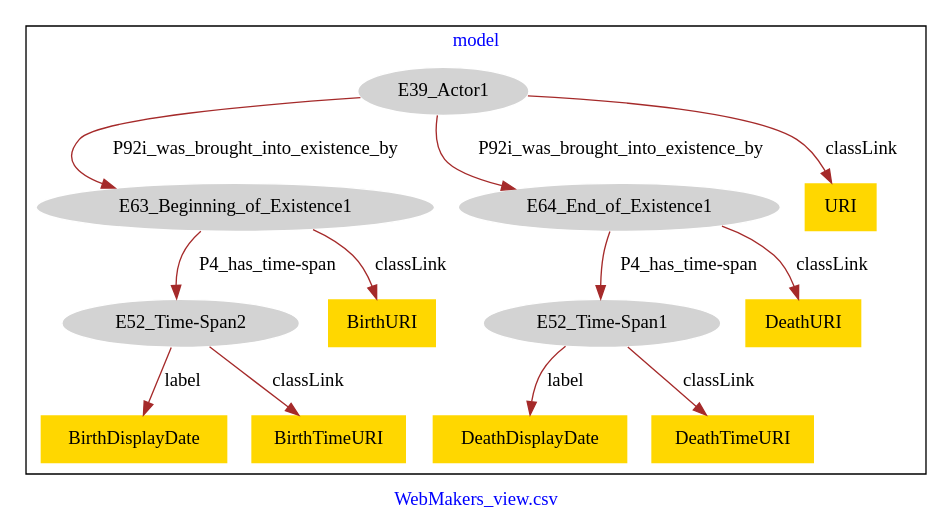
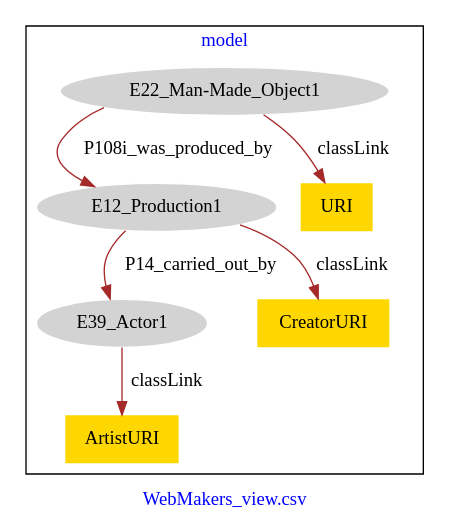
One commit to american-art/SAAM changed the diagram in Objects/WebMakers_view-model.dot. Above: the diagram before and after it, drawn with Graphviz.

Commit message:
Update file WebMakers_view-model.dot

```diff
--- a/Objects/WebMakers_view-model.dot
+++ b/Objects/WebMakers_view-model.dot
@@ -1,31 +1,19 @@
 digraph n0 {
 fontcolor="blue"
 remincross="true"
 label="WebMakers_view.csv"
 subgraph cluster {
 label="model"
-n2[style="filled",color="white",fillcolor="lightgray",label="E39_Actor1"];
-n3[style="filled",color="white",fillcolor="lightgray",label="E63_Beginning_of_Existence1"];
-n4[style="filled",color="white",fillcolor="lightgray",label="E64_End_of_Existence1"];
-n5[style="filled",color="white",fillcolor="lightgray",label="E52_Time-Span2"];
-n6[style="filled",color="white",fillcolor="lightgray",label="E52_Time-Span1"];
-n7[shape="plaintext",style="filled",fillcolor="gold",label="BirthDisplayDate"];
-n8[shape="plaintext",style="filled",fillcolor="gold",label="URI"];
-n9[shape="plaintext",style="filled",fillcolor="gold",label="DeathURI"];
-n10[shape="plaintext",style="filled",fillcolor="gold",label="DeathDisplayDate"];
-n11[shape="plaintext",style="filled",fillcolor="gold",label="DeathTimeURI"];
-n12[shape="plaintext",style="filled",fillcolor="gold",label="BirthURI"];
-n13[shape="plaintext",style="filled",fillcolor="gold",label="BirthTimeURI"];
+n2[style="filled",color="white",fillcolor="lightgray",label="E12_Production1"];
+n3[style="filled",color="white",fillcolor="lightgray",label="E39_Actor1"];
+n4[style="filled",color="white",fillcolor="lightgray",label="E22_Man-Made_Object1"];
+n5[shape="plaintext",style="filled",fillcolor="gold",label="CreatorURI"];
+n6[shape="plaintext",style="filled",fillcolor="gold",label="URI"];
+n7[shape="plaintext",style="filled",fillcolor="gold",label="ArtistURI"];
 }
-n2 -> n3[color="brown",fontcolor="black",label="P92i_was_brought_into_existence_by"]
-n2 -> n4[color="brown",fontcolor="black",label="P92i_was_brought_into_existence_by"]
-n3 -> n5[color="brown",fontcolor="black",label="P4_has_time-span"]
-n4 -> n6[color="brown",fontcolor="black",label="P4_has_time-span"]
-n5 -> n7[color="brown",fontcolor="black",label="label"]
-n2 -> n8[color="brown",fontcolor="black",label="classLink"]
-n4 -> n9[color="brown",fontcolor="black",label="classLink"]
-n6 -> n10[color="brown",fontcolor="black",label="label"]
-n6 -> n11[color="brown",fontcolor="black",label="classLink"]
-n3 -> n12[color="brown",fontcolor="black",label="classLink"]
-n5 -> n13[color="brown",fontcolor="black",label="classLink"]
+n2 -> n3[color="brown",fontcolor="black",label="P14_carried_out_by"]
+n4 -> n2[color="brown",fontcolor="black",label="P108i_was_produced_by"]
+n2 -> n5[color="brown",fontcolor="black",label="classLink"]
+n4 -> n6[color="brown",fontcolor="black",label="classLink"]
+n3 -> n7[color="brown",fontcolor="black",label="classLink"]
 }
```
